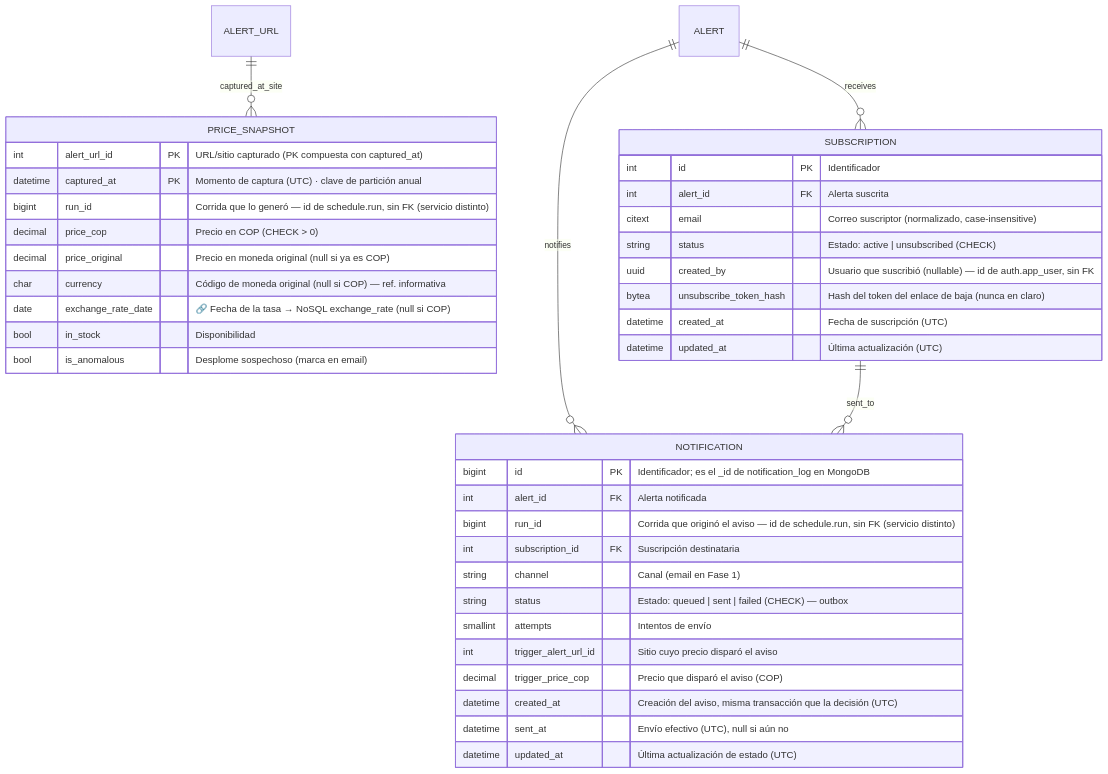
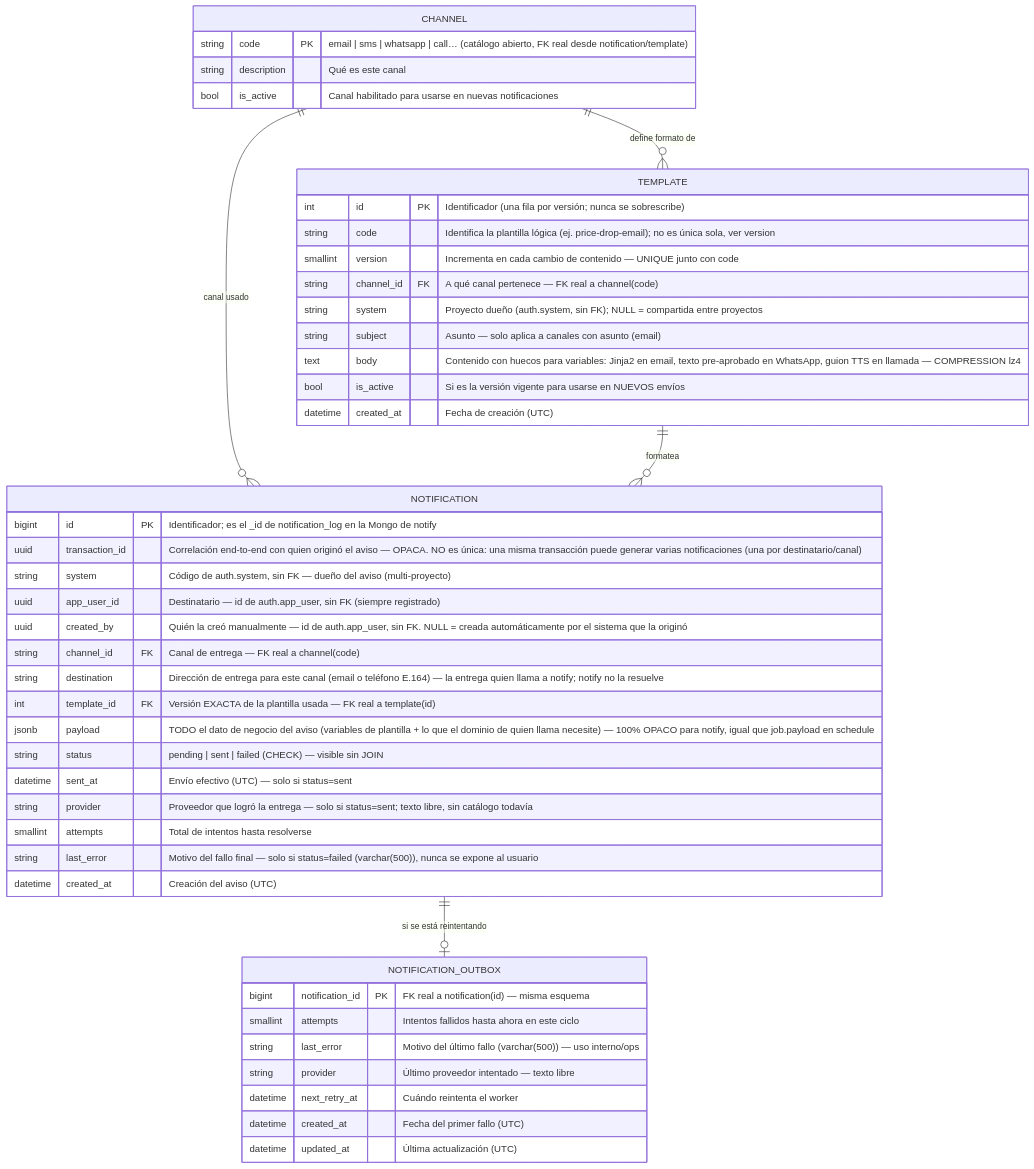
The fifth of 5 diagrams in docs/03-modelo-datos.md (vida-I-found-it/architecture), drawn with Mermaid before and after one commit. The commit also changed other lines of this file and 20 other files, not shown here.

````diff
--- a/docs/03-modelo-datos.md
+++ b/docs/03-modelo-datos.md
@@ -280,43 +417,50 @@
 ```mermaid
 erDiagram
-    ALERT_URL ||--o{ PRICE_SNAPSHOT : captured_at_site
-    ALERT ||--o{ SUBSCRIPTION : receives
-    ALERT ||--o{ NOTIFICATION : notifies
-    SUBSCRIPTION ||--o{ NOTIFICATION : sent_to
+    CHANNEL ||--o{ TEMPLATE : "define formato de"
+    CHANNEL ||--o{ NOTIFICATION : "canal usado"
+    TEMPLATE ||--o{ NOTIFICATION : "formatea"
+    NOTIFICATION ||--o| NOTIFICATION_OUTBOX : "si se está reintentando"
 
-    PRICE_SNAPSHOT {
-        int alert_url_id PK "URL/sitio capturado (PK compuesta con captured_at)"
-        datetime captured_at PK "Momento de captura (UTC) · clave de partición anual"
-        bigint run_id "Corrida que lo generó — id de schedule.run, sin FK (servicio distinto)"
-        decimal price_cop "Precio en COP (CHECK > 0)"
-        decimal price_original "Precio en moneda original (null si ya es COP)"
-        char currency "Código de moneda original (null si COP) — ref. informativa"
-        date exchange_rate_date "🔗 Fecha de la tasa → NoSQL exchange_rate (null si COP)"
-        bool in_stock "Disponibilidad"
-        bool is_anomalous "Desplome sospechoso (marca en email)"
+    CHANNEL {
+        string code PK "email | sms | whatsapp | call… (catálogo abierto, FK real desde notification/template)"
+        string description "Qué es este canal"
+        bool is_active "Canal habilitado para usarse en nuevas notificaciones"
     }
-    SUBSCRIPTION {
-        int id PK "Identificador"
-        int alert_id FK "Alerta suscrita"
-        citext email "Correo suscriptor (normalizado, case-insensitive)"
-        string status "Estado: active | unsubscribed (CHECK)"
-        uuid created_by "Usuario que suscribió (nullable) — id de auth.app_user, sin FK"
-        bytea unsubscribe_token_hash "Hash del token del enlace de baja (nunca en claro)"
-        datetime created_at "Fecha de suscripción (UTC)"
+    TEMPLATE {
+        int id PK "Identificador (una fila por versión; nunca se sobrescribe)"
+        string code "Identifica la plantilla lógica (ej. price-drop-email); no es única sola, ver version"
+        smallint version "Incrementa en cada cambio de contenido — UNIQUE junto con code"
+        string channel_id FK "A qué canal pertenece — FK real a channel(code)"
+        string system "Proyecto dueño (auth.system, sin FK); NULL = compartida entre proyectos"
+        string subject "Asunto — solo aplica a canales con asunto (email)"
+        text body "Contenido con huecos para variables: Jinja2 en email, texto pre-aprobado en WhatsApp, guion TTS en llamada — COMPRESSION lz4"
+        bool is_active "Si es la versión vigente para usarse en NUEVOS envíos"
+        datetime created_at "Fecha de creación (UTC)"
+    }
+    NOTIFICATION {
+        bigint id PK "Identificador; es el _id de notification_log en la Mongo de notify"
+        uuid transaction_id "Correlación end-to-end con quien originó el aviso — OPACA. NO es única: una misma transacción puede generar varias notificaciones (una por destinatario/canal)"
+        string system "Código de auth.system, sin FK — dueño del aviso (multi-proyecto)"
+        uuid app_user_id "Destinatario — id de auth.app_user, sin FK (siempre registrado)"
+        uuid created_by "Quién la creó manualmente — id de auth.app_user, sin FK. NULL = creada automáticamente por el sistema que la originó"
+        string channel_id FK "Canal de entrega — FK real a channel(code)"
+        string destination "Dirección de entrega para este canal (email o teléfono E.164) — la entrega quien llama a notify; notify no la resuelve"
+        int template_id FK "Versión EXACTA de la plantilla usada — FK real a template(id)"
+        jsonb payload "TODO el dato de negocio del aviso (variables de plantilla + lo que el dominio de quien llama necesite) — 100% OPACO para notify, igual que job.payload en schedule"
+        string status "pending | sent | failed (CHECK) — visible sin JOIN"
+        datetime sent_at "Envío efectivo (UTC) — solo si status=sent"
+        string provider "Proveedor que logró la entrega — solo si status=sent; texto libre, sin catálogo todavía"
+        smallint attempts "Total de intentos hasta resolverse"
+        string last_error "Motivo del fallo final — solo si status=failed (varchar(500)), nunca se expone al usuario"
+        datetime created_at "Creación del aviso (UTC)"
+    }
+    NOTIFICATION_OUTBOX {
+        bigint notification_id PK "FK real a notification(id) — misma esquema"
+        smallint attempts "Intentos fallidos hasta ahora en este ciclo"
+        string last_error "Motivo del último fallo (varchar(500)) — uso interno/ops"
+        string provider "Último proveedor intentado — texto libre"
+        datetime next_retry_at "Cuándo reintenta el worker"
+        datetime created_at "Fecha del primer fallo (UTC)"
         datetime updated_at "Última actualización (UTC)"
     }
-    NOTIFICATION {
-        bigint id PK "Identificador; es el _id de notification_log en MongoDB"
-        int alert_id FK "Alerta notificada"
-        bigint run_id "Corrida que originó el aviso — id de schedule.run, sin FK (servicio distinto)"
-        int subscription_id FK "Suscripción destinataria"
-        string channel "Canal (email en Fase 1)"
-        string status "Estado: queued | sent | failed (CHECK) — outbox"
-        smallint attempts "Intentos de envío"
-        int trigger_alert_url_id "Sitio cuyo precio disparó el aviso"
-        decimal trigger_price_cop "Precio que disparó el aviso (COP)"
-        datetime created_at "Creación del aviso, misma transacción que la decisión (UTC)"
-        datetime sent_at "Envío efectivo (UTC), null si aún no"
-        datetime updated_at "Última actualización de estado (UTC)"
-    }
 ```
````
